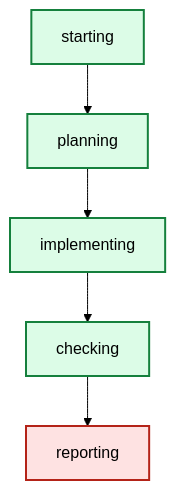
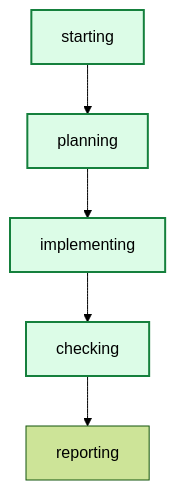
One commit to daniell0gda/hermes-feature-check-dashboard changed the diagram in latest/graph.mmd. Above: the diagram before and after it, drawn with Mermaid (forest theme). The commit also changed 32 other files, not shown here.

```diff
--- a/latest/graph.mmd
+++ b/latest/graph.mmd
@@ -1,14 +1,13 @@
 graph TD
     starting --> planning
     planning --> implementing
     implementing --> checking
     checking --> reporting
 
 classDef done fill:#dcfce7,stroke:#15803d,stroke-width:2px;
 classDef active fill:#dbeafe,stroke:#2563eb,stroke-width:3px;
 classDef failed fill:#fee2e2,stroke:#b42318,stroke-width:2px;
 class checking done;
+class starting done;
+class planning done;
 class implementing done;
-class starting done;
-class reporting failed;
-class planning done;
```
